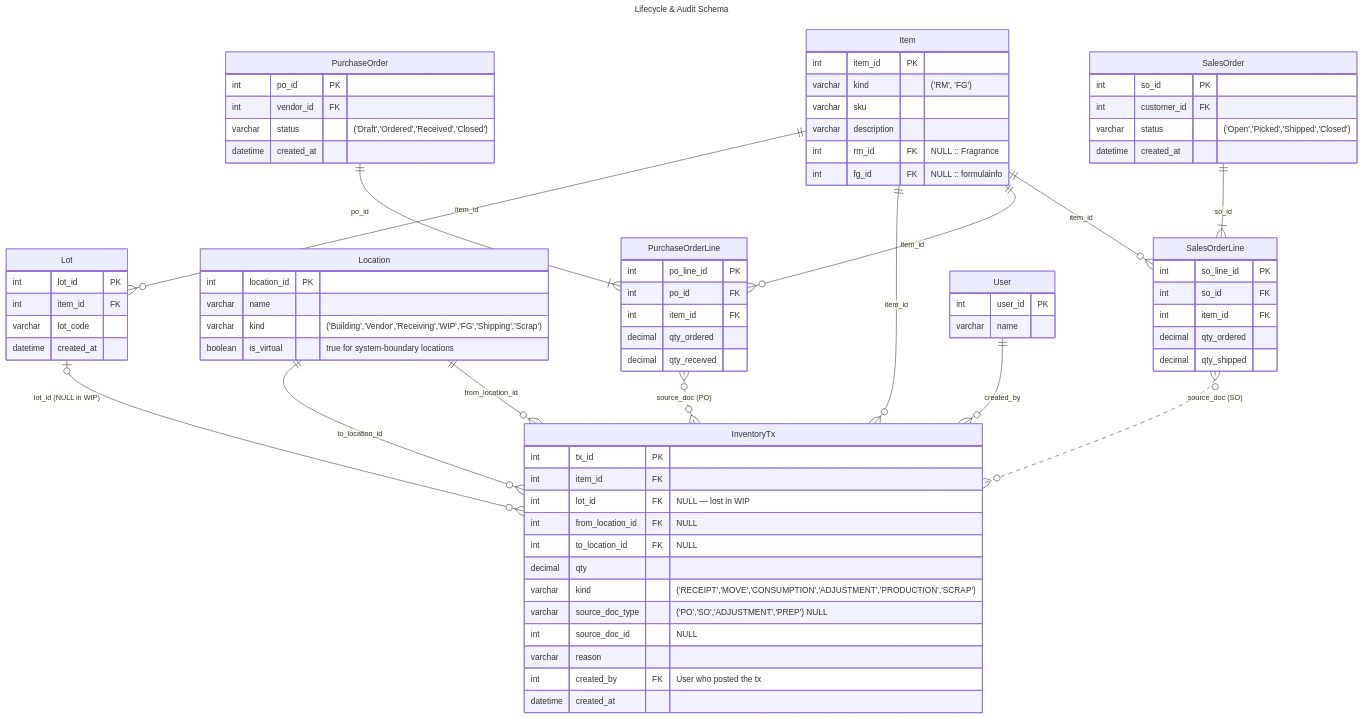
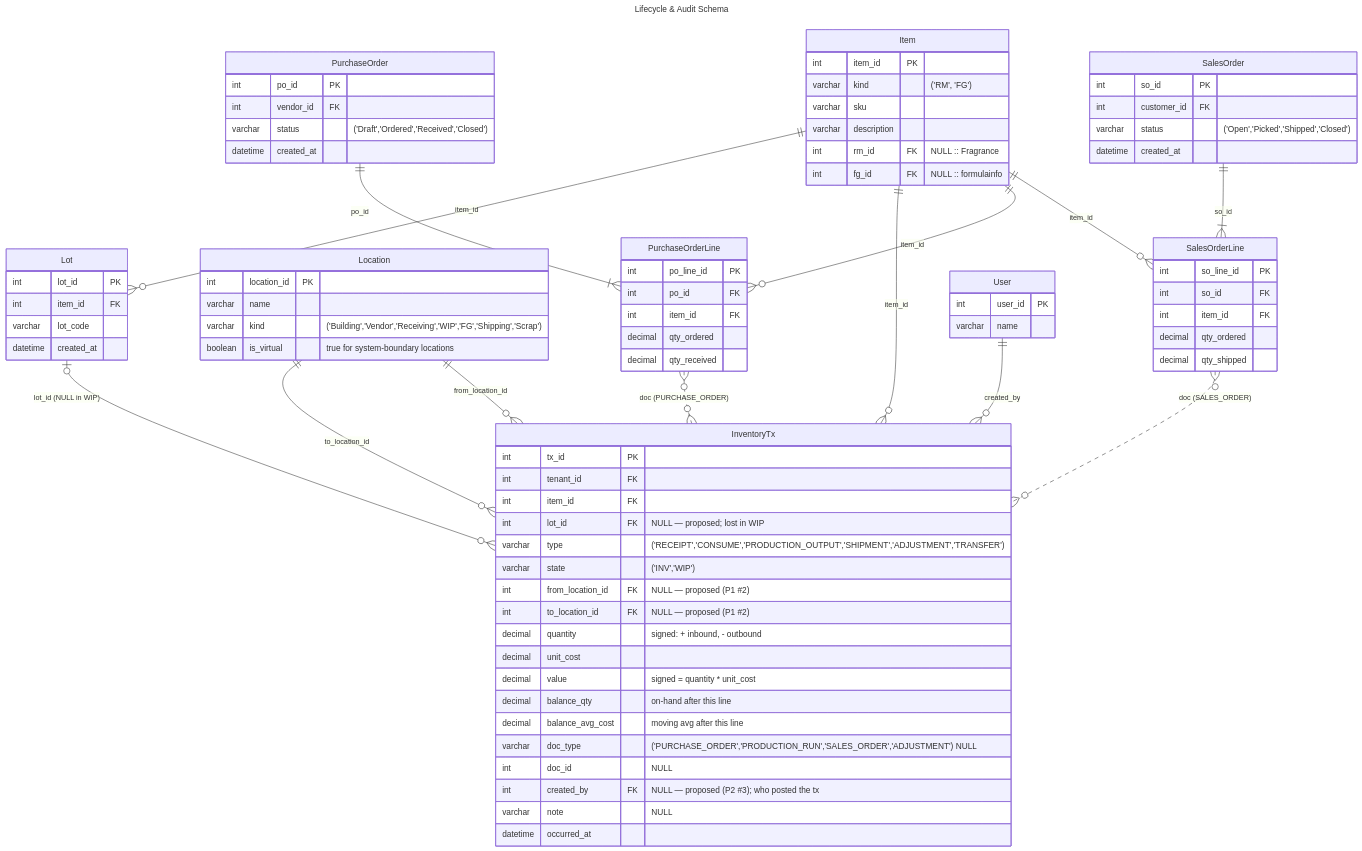
The eighth of 8 diagrams in src/tx_table_proposal.md (afi-spencerd/RSM), drawn with Mermaid before and after one commit. The commit also changed other lines of this file, not shown here.

First line of the commit message:
docs: bring InventoryTx fully in line with fw3 columns

````diff
--- a/src/tx_table_proposal.md
+++ b/src/tx_table_proposal.md
@@ -276,17 +285,23 @@
   }
   InventoryTx {
     int      tx_id PK
+    int      tenant_id FK
     int      item_id FK
-    int      lot_id FK "NULL — lost in WIP"
-    int      from_location_id FK "NULL"
-    int      to_location_id FK "NULL"
-    decimal  qty
-    varchar  kind "('RECEIPT','MOVE','CONSUMPTION','ADJUSTMENT','PRODUCTION','SCRAP')"
-    varchar  source_doc_type "('PO','SO','ADJUSTMENT','PREP') NULL"
-    int      source_doc_id "NULL"
-    varchar  reason
-    int      created_by FK "User who posted the tx"
-    datetime created_at
+    int      lot_id FK "NULL — proposed; lost in WIP"
+    varchar  type "('RECEIPT','CONSUME','PRODUCTION_OUTPUT','SHIPMENT','ADJUSTMENT','TRANSFER')"
+    varchar  state "('INV','WIP')"
+    int      from_location_id FK "NULL — proposed (P1 #2)"
+    int      to_location_id FK "NULL — proposed (P1 #2)"
+    decimal  quantity "signed: + inbound, - outbound"
+    decimal  unit_cost
+    decimal  value "signed = quantity * unit_cost"
+    decimal  balance_qty "on-hand after this line"
+    decimal  balance_avg_cost "moving avg after this line"
+    varchar  doc_type "('PURCHASE_ORDER','PRODUCTION_RUN','SALES_ORDER','ADJUSTMENT') NULL"
+    int      doc_id "NULL"
+    int      created_by FK "NULL — proposed (P2 #3); who posted the tx"
+    varchar  note "NULL"
+    datetime occurred_at
   }
   PurchaseOrder {
     int      po_id PK
@@ -329,6 +344,6 @@
   Item              ||--o{ PurchaseOrderLine : "item_id"
   SalesOrder        ||--|{ SalesOrderLine    : "so_id"
   Item              ||--o{ SalesOrderLine    : "item_id"
-  PurchaseOrderLine }o..o{ InventoryTx       : "source_doc (PO)"
-  SalesOrderLine    }o..o{ InventoryTx       : "source_doc (SO)"
+  PurchaseOrderLine }o..o{ InventoryTx       : "doc (PURCHASE_ORDER)"
+  SalesOrderLine    }o..o{ InventoryTx       : "doc (SALES_ORDER)"
 ```
````
